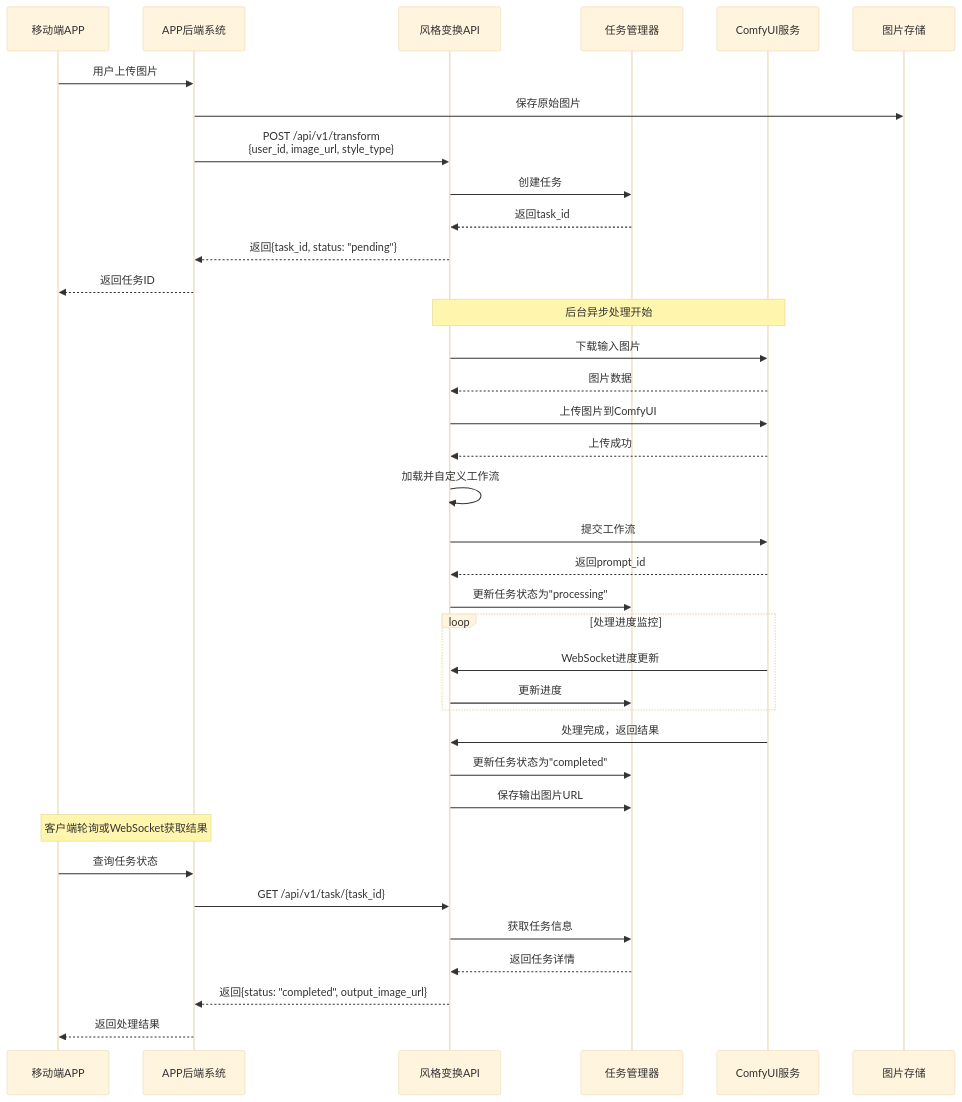
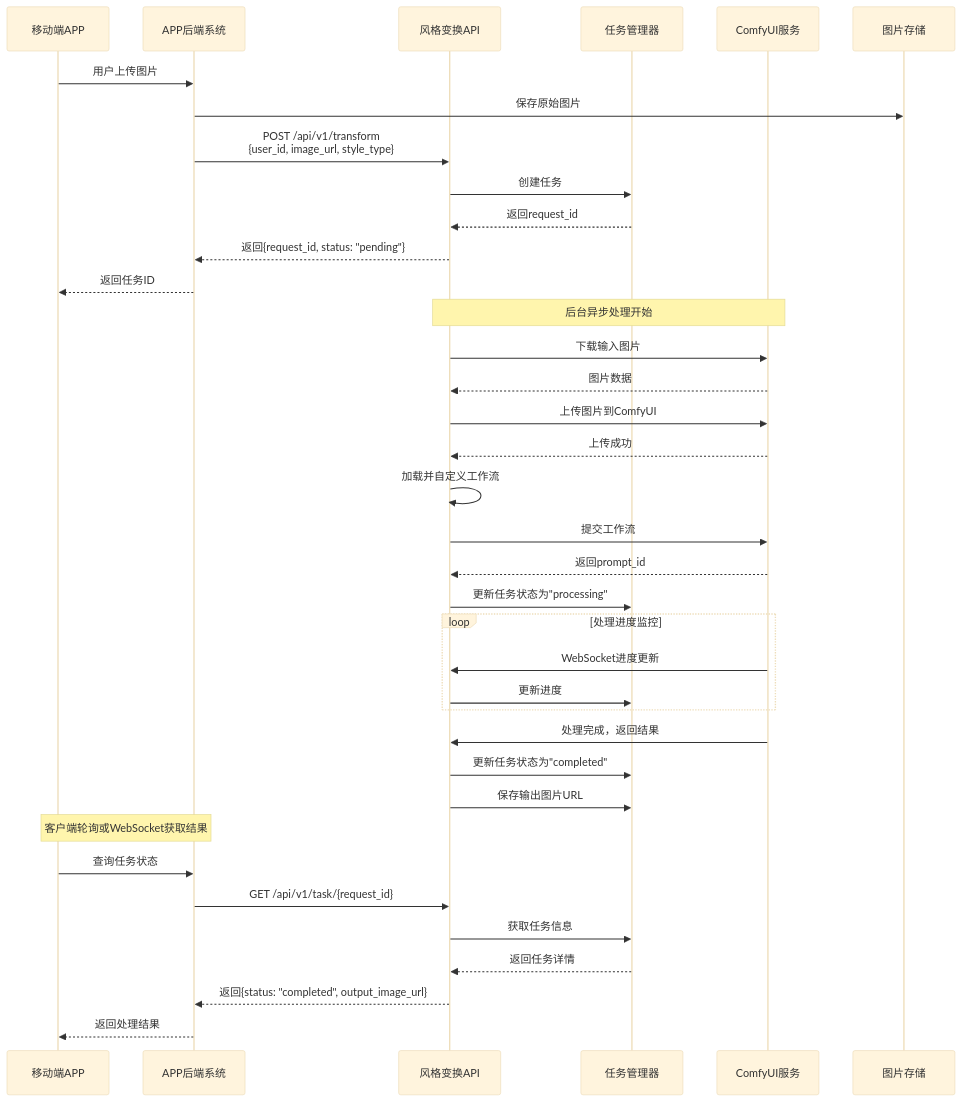
Before and after one commit to nhgoodboy/ComfyUI: the diagram in witness/docs/图生图流程图.mmd, drawn with Mermaid (base theme). The commit also changed 31 other files, not shown here.

```diff
--- a/witness/docs/图生图流程图.mmd
+++ b/witness/docs/图生图流程图.mmd
@@ -1,48 +1,48 @@
 sequenceDiagram
     participant APP as 移动端APP
     participant Backend as APP后端系统
     participant API as 风格变换API
     participant TaskMgr as 任务管理器
     participant ComfyUI as ComfyUI服务
     participant Storage as 图片存储
     
     APP->>Backend: 用户上传图片
     Backend->>Storage: 保存原始图片
     Backend->>API: POST /api/v1/transform<br/>{user_id, image_url, style_type}
     
     API->>TaskMgr: 创建任务
-    TaskMgr-->>API: 返回task_id
-    API-->>Backend: 返回{task_id, status: "pending"}
+    TaskMgr-->>API: 返回request_id
+    API-->>Backend: 返回{request_id, status: "pending"}
     Backend-->>APP: 返回任务ID
     
     Note over API,ComfyUI: 后台异步处理开始
     
     API->>ComfyUI: 下载输入图片
     ComfyUI-->>API: 图片数据
     
     API->>ComfyUI: 上传图片到ComfyUI
     ComfyUI-->>API: 上传成功
     
     API->>API: 加载并自定义工作流
     API->>ComfyUI: 提交工作流
     ComfyUI-->>API: 返回prompt_id
     
     API->>TaskMgr: 更新任务状态为"processing"
     
     loop 处理进度监控
         ComfyUI->>API: WebSocket进度更新
         API->>TaskMgr: 更新进度
     end
     
     ComfyUI->>API: 处理完成，返回结果
     API->>TaskMgr: 更新任务状态为"completed"
     API->>TaskMgr: 保存输出图片URL
     
     Note over APP,Backend: 客户端轮询或WebSocket获取结果
     
     APP->>Backend: 查询任务状态
-    Backend->>API: GET /api/v1/task/{task_id}
+    Backend->>API: GET /api/v1/task/{request_id}
     API->>TaskMgr: 获取任务信息
     TaskMgr-->>API: 返回任务详情
     API-->>Backend: 返回{status: "completed", output_image_url}
     Backend-->>APP: 返回处理结果     
```
